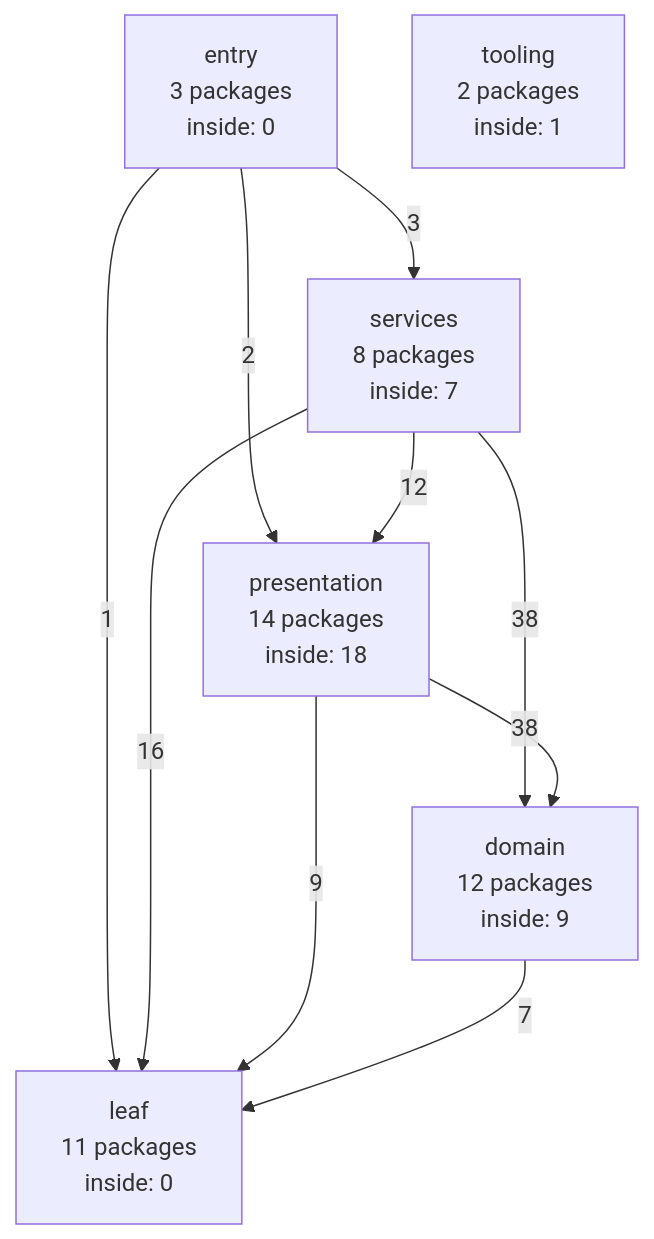
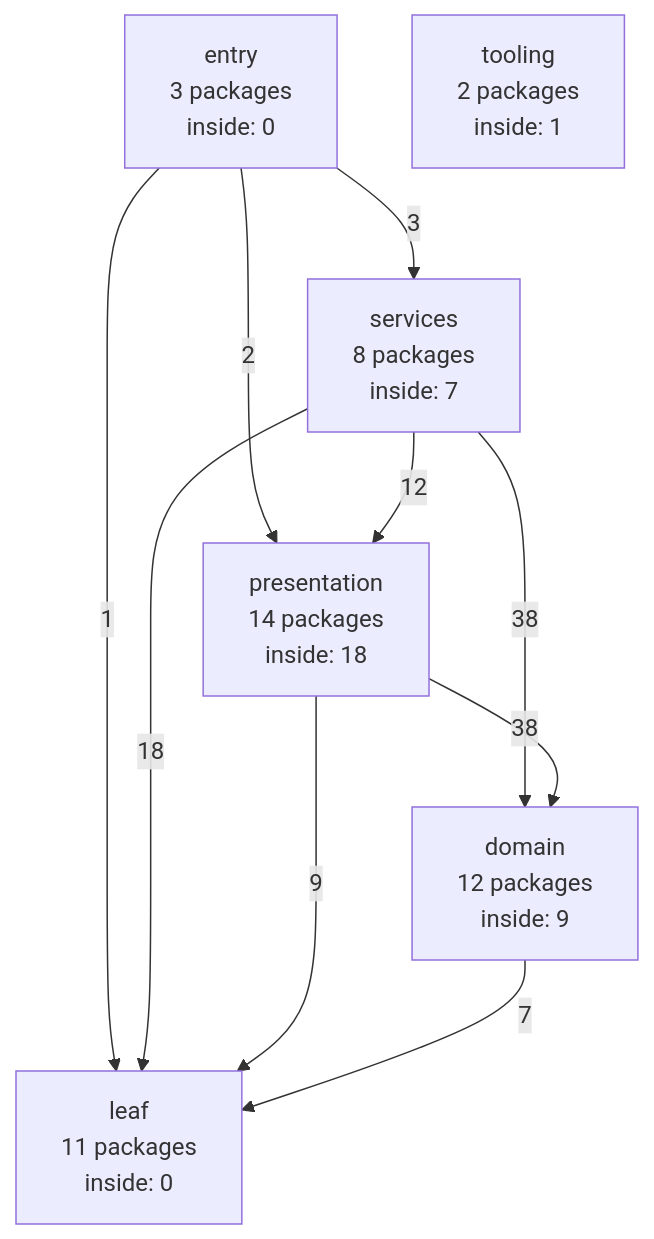
Before and after one commit to ladydascalie/dm: the diagram in docs/internals/generated/package-graph.md, drawn with Mermaid. The commit also changed other lines of this file, not shown here.

Commit message:
dungeon: commit lane work for unit docs-graph

````diff
--- a/docs/internals/generated/package-graph.md
+++ b/docs/internals/generated/package-graph.md
@@ -58,18 +58,18 @@
 ```mermaid
 flowchart TD
   entry["entry<br/>3 packages<br/>inside: 0"]
   services["services<br/>8 packages<br/>inside: 7"]
   presentation["presentation<br/>14 packages<br/>inside: 18"]
   domain["domain<br/>12 packages<br/>inside: 9"]
   leaf["leaf<br/>11 packages<br/>inside: 0"]
   tooling["tooling<br/>2 packages<br/>inside: 1"]
   entry -->|3| services
   entry -->|2| presentation
   entry -->|1| leaf
   services -->|12| presentation
   services -->|38| domain
-  services -->|16| leaf
+  services -->|18| leaf
   presentation -->|38| domain
   presentation -->|9| leaf
   domain -->|7| leaf
 ```
````
